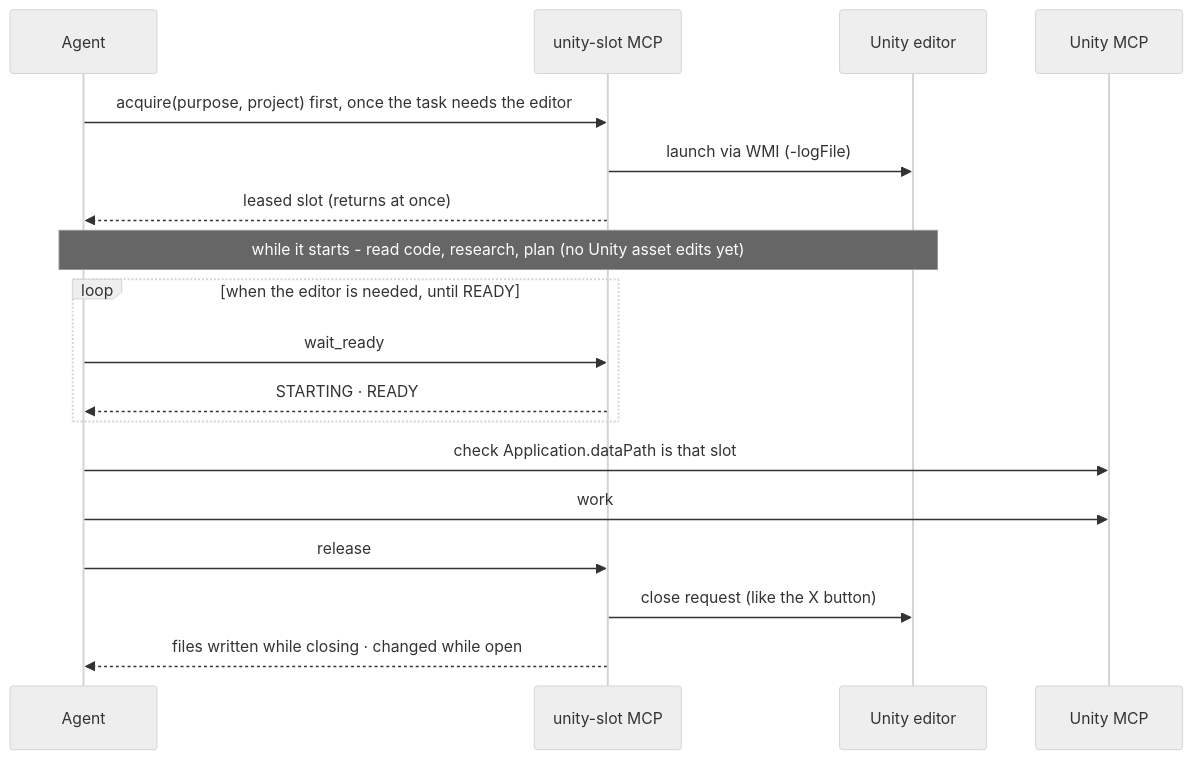
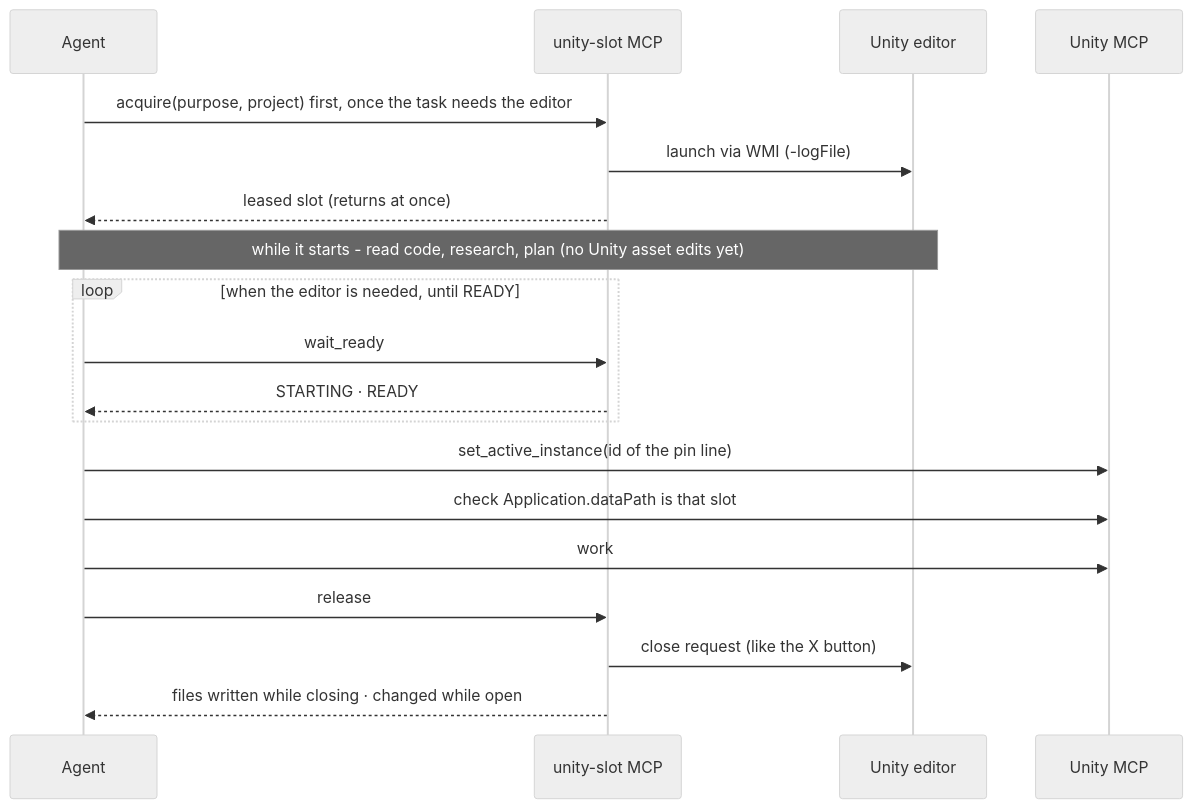
The fourth of 4 diagrams in README.en.md (cyKim0115/unity-slot), drawn with Mermaid (neutral theme) before and after one commit. The commit also changed other lines of this file and 22 other files, not shown here.

````diff
--- a/README.en.md
+++ b/README.en.md
@@ -247,20 +254,21 @@
 ```mermaid
 sequenceDiagram
     participant A as Agent
     participant S as unity-slot MCP
     participant E as Unity editor
     participant U as Unity MCP
     A->>S: acquire(purpose, project) first, once the task needs the editor
     S->>E: launch via WMI (-logFile)
     S-->>A: leased slot (returns at once)
     Note over A,E: while it starts - read code, research, plan (no Unity asset edits yet)
     loop when the editor is needed, until READY
         A->>S: wait_ready
         S-->>A: STARTING · READY
     end
+    A->>U: set_active_instance(id of the pin line)
     A->>U: check Application.dataPath is that slot
     A->>U: work
     A->>S: release
     S->>E: close request (like the X button)
     S-->>A: files written while closing · changed while open
 ```
````
